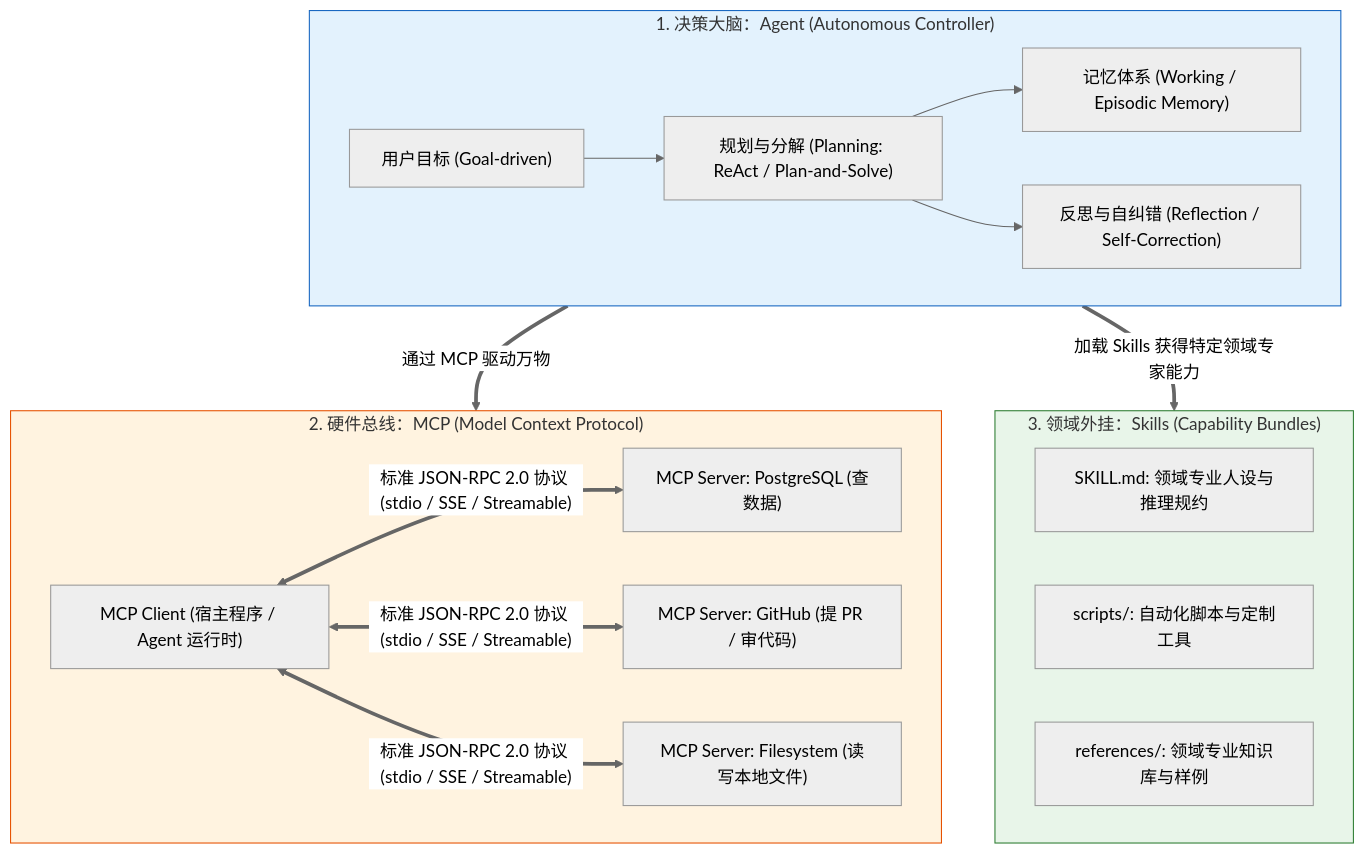
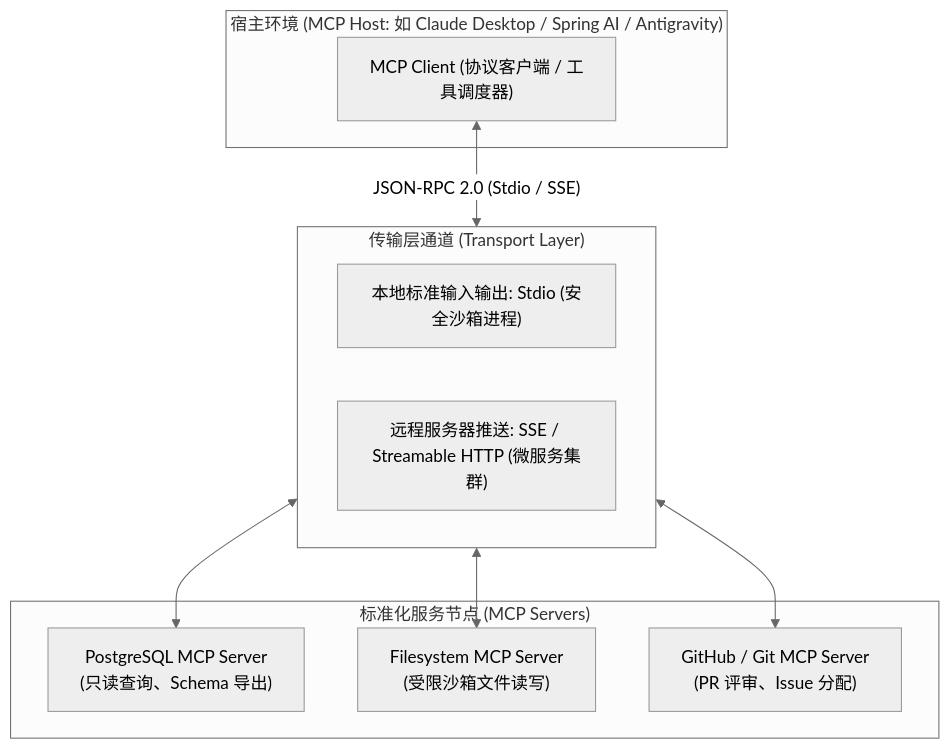
One commit to GuoWWWX/knowledge-base changed the second of 4 diagrams in 10-AI应用开发/05-Agent-MCP-Skills/00-Agent-MCP-Skills全景与心智模型.md. Above: the diagram before and after it, drawn with Mermaid (neutral theme). The commit also changed other lines of this file and 234 other files, not shown here.

````diff
--- a/10-AI应用开发/05-Agent-MCP-Skills/00-Agent-MCP-Skills全景与心智模型.md
+++ b/10-AI应用开发/05-Agent-MCP-Skills/00-Agent-MCP-Skills全景与心智模型.md
@@ -48,29 +49,20 @@
 ```mermaid
-graph TD
-    subgraph Mind["1. 决策大脑：Agent (Autonomous Controller)"]
-        Goal["用户目标 (Goal-driven)"] --> Plan["规划与分解 (Planning: ReAct / Plan-and-Solve)"]
-        Plan --> Mem["记忆体系 (Working / Episodic Memory)"]
-        Plan --> Reflect["反思与自纠错 (Reflection / Self-Correction)"]
+flowchart TD
+    subgraph Host["宿主环境 (MCP Host: 如 Claude Desktop / Spring AI / Antigravity)"]
+        Client["MCP Client (协议客户端 / 工具调度器)"]
     end
 
-    subgraph Protocol["2. 硬件总线：MCP (Model Context Protocol)"]
-        Client["MCP Client (宿主程序 / Agent 运行时)"]
-        Server1["MCP Server: PostgreSQL (查数据)"]
-        Server2["MCP Server: GitHub (提 PR / 审代码)"]
-        Server3["MCP Server: Filesystem (读写本地文件)"]
-        Client <==>|"标准 JSON-RPC 2.0 协议 (stdio / SSE / Streamable)"| Server1 & Server2 & Server3
+    subgraph Transport["传输层通道 (Transport Layer)"]
+        T1["本地标准输入输出: Stdio (安全沙箱进程)"]
+        T2["远程服务器推送: SSE / Streamable HTTP (微服务集群)"]
     end
 
-    subgraph Package["3. 领域外挂：Skills (Capability Bundles)"]
-        S_Prompt["SKILL.md: 领域专业人设与推理规约"]
-        S_Tools["scripts/: 自动化脚本与定制工具"]
-        S_Ref["references/: 领域专业知识库与样例"]
+    subgraph Servers["标准化服务节点 (MCP Servers)"]
+        S1["PostgreSQL MCP Server<br/>(只读查询、Schema 导出)"]
+        S2["Filesystem MCP Server<br/>(受限沙箱文件读写)"]
+        S3["GitHub / Git MCP Server<br/>(PR 评审、Issue 分配)"]
     end
 
-    Mind ==>|"通过 MCP 驱动万物"| Protocol
-    Mind ==>|"加载 Skills 获得特定领域专家能力"| Package
-
-    style Mind fill:#e3f2fd,stroke:#1565c0,stroke-width:1px
-    style Protocol fill:#fff3e0,stroke:#e65100,stroke-width:1px
-    style Package fill:#e8f5e9,stroke:#2e7d32,stroke-width:1px
+    Client <-->|"JSON-RPC 2.0 (Stdio / SSE)"| Transport
+    Transport <--> S1 & S2 & S3
 ```
````
